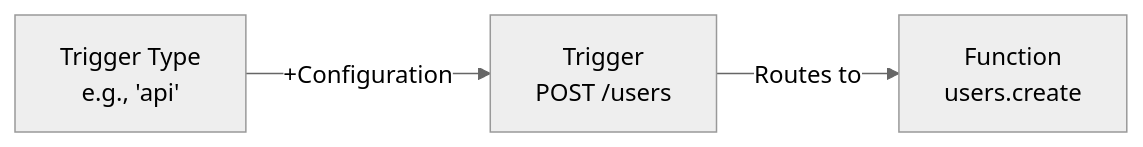
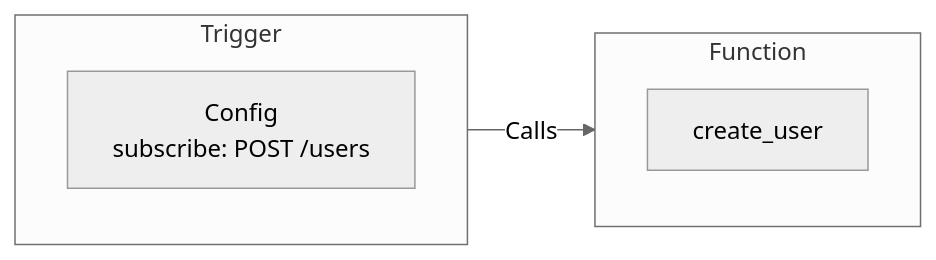
One commit to iii-hq/docs changed the diagram in content/concepts/triggers.mdx. Above: the diagram before and after it, drawn with Mermaid (neutral theme). The commit also changed other lines of this file and 1 other file, not shown here.

Commit message:
triggers

````diff
--- a/content/concepts/triggers.mdx
+++ b/content/concepts/triggers.mdx
@@ -11,5 +7,10 @@
 ```mermaid
 graph LR
-    TriggerType[Trigger Type<br/>e.g., 'api'] -->|+Configuration| Trigger[Trigger<br/>POST /users]
-    Trigger -->|Routes to| Function[Function<br/>users.create]
+    subgraph Trigger[Trigger]
+        Config[Config<br/>subscribe: POST /users]
+    end
+    subgraph Function[Function]
+        Fn[create_user]
+    end
+    Trigger -->|Calls| Function
 ```
````
